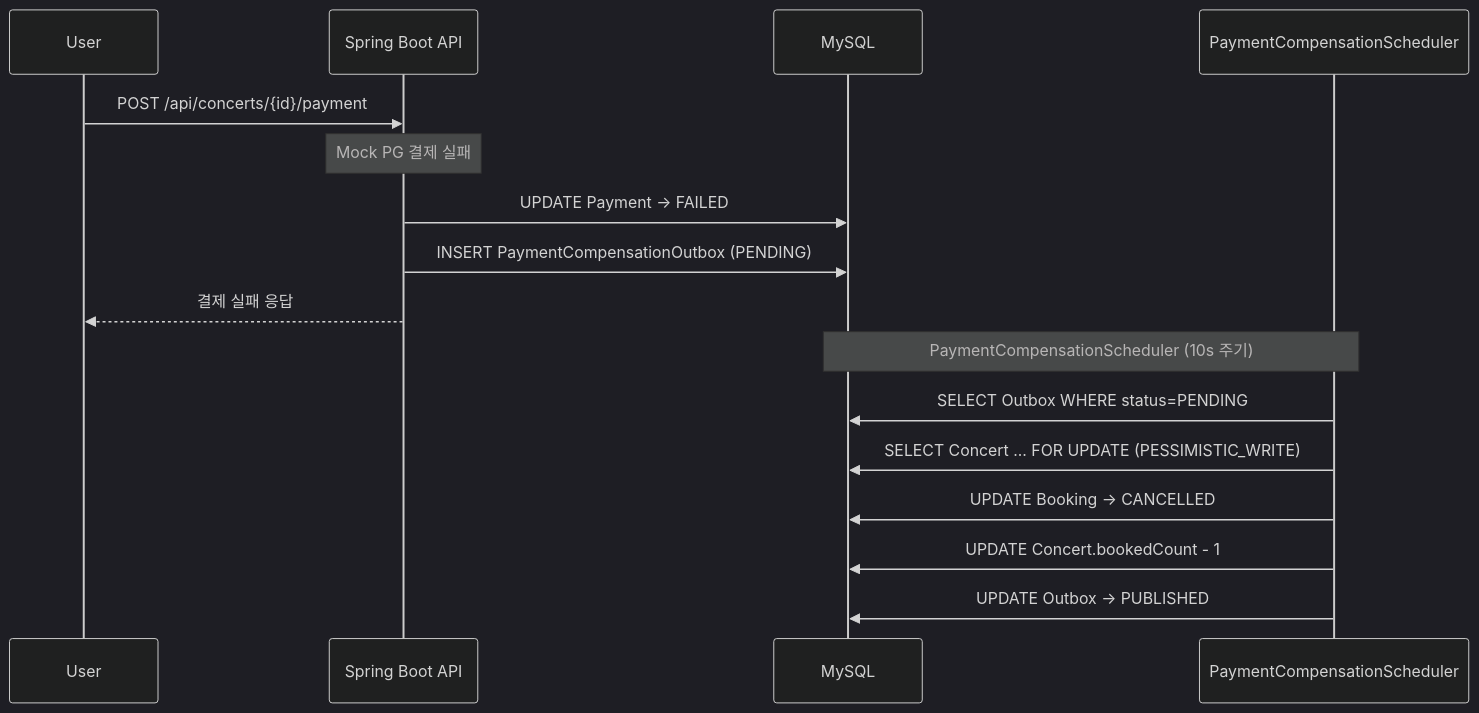
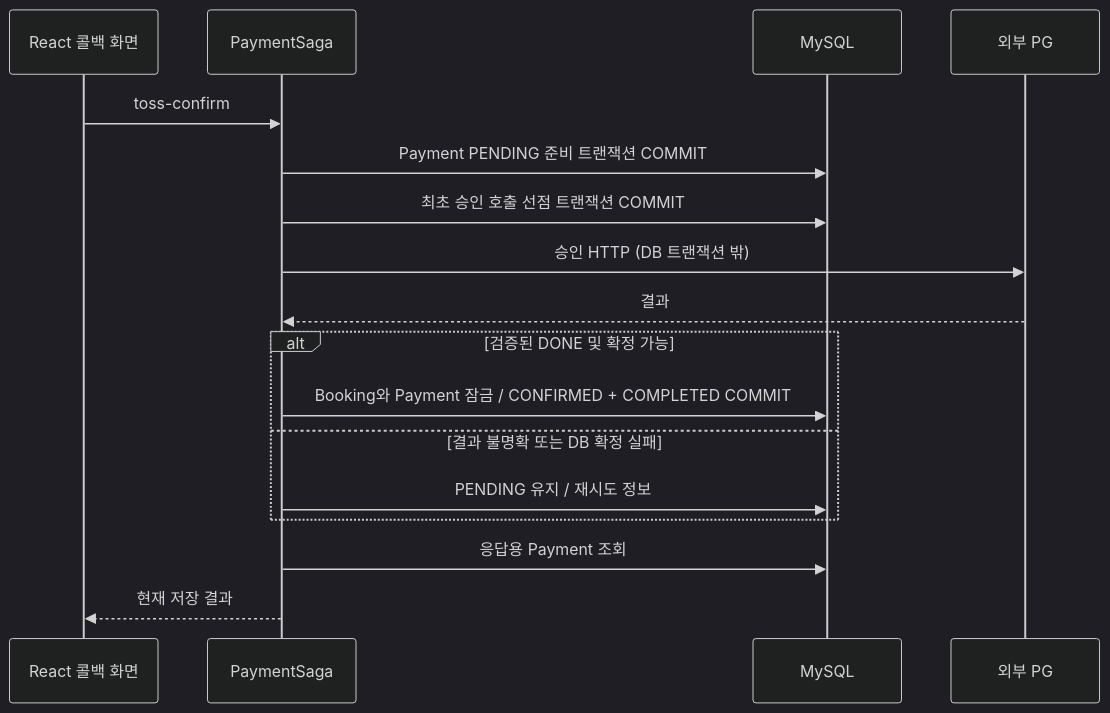
Before and after one commit to hak0622/ticketflow: the second of 2 diagrams in docs/flow.md, drawn with Mermaid (dark theme). The commit also changed other lines of this file and 10 other files, not shown here.

````diff
--- a/docs/flow.md
+++ b/docs/flow.md
@@ -46,20 +32,19 @@
 ```mermaid
 sequenceDiagram
-    participant U as User
-    participant API as Spring Boot API
-    participant DB as MySQL
-    participant Sched as PaymentCompensationScheduler
-
-    U->>API: POST /api/concerts/{id}/payment
-    Note over API: Mock PG 결제 실패
-    API->>DB: UPDATE Payment → FAILED
-    API->>DB: INSERT PaymentCompensationOutbox (PENDING)
-    API-->>U: 결제 실패 응답
-
-    Note over Sched,DB: PaymentCompensationScheduler (10s 주기)
-    Sched->>DB: SELECT Outbox WHERE status=PENDING
-    Sched->>DB: SELECT Concert ... FOR UPDATE (PESSIMISTIC_WRITE)
-    Sched->>DB: UPDATE Booking → CANCELLED
-    Sched->>DB: UPDATE Concert.bookedCount - 1
-    Sched->>DB: UPDATE Outbox → PUBLISHED
+    participant U as React 콜백 화면
+    participant S as PaymentSaga
+    participant D as MySQL
+    participant P as 외부 PG
+    U->>S: toss-confirm
+    S->>D: Payment PENDING 준비 트랜잭션 COMMIT
+    S->>D: 최초 승인 호출 선점 트랜잭션 COMMIT
+    S->>P: 승인 HTTP (DB 트랜잭션 밖)
+    P-->>S: 결과
+    alt 검증된 DONE 및 확정 가능
+        S->>D: Booking와 Payment 잠금 / CONFIRMED + COMPLETED COMMIT
+    else 결과 불명확 또는 DB 확정 실패
+        S->>D: PENDING 유지 / 재시도 정보
+    end
+    S->>D: 응답용 Payment 조회
+    S-->>U: 현재 저장 결과
 ```
````
